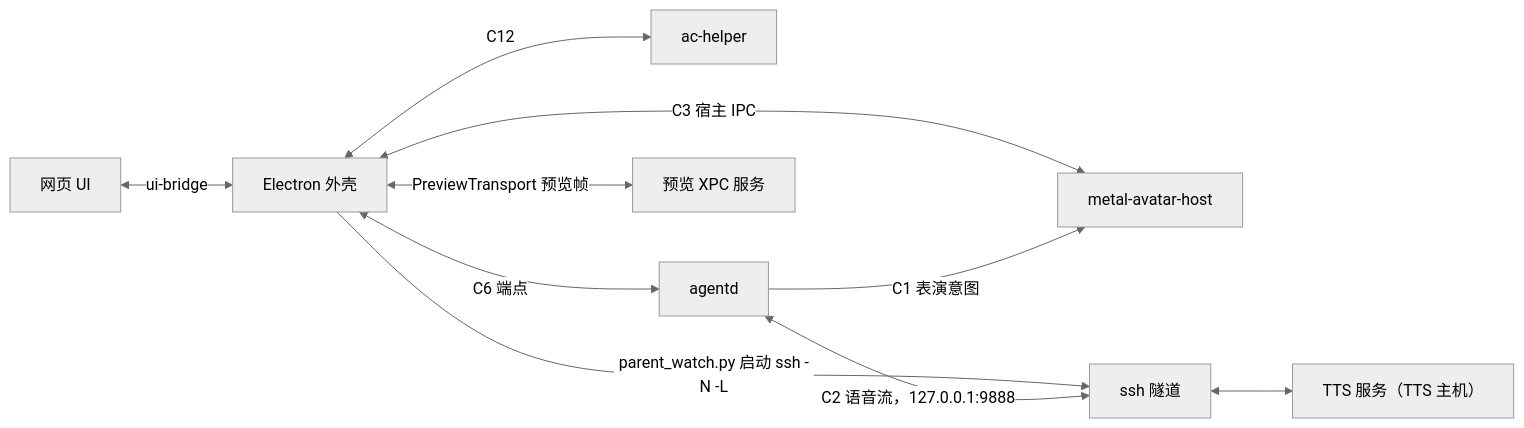
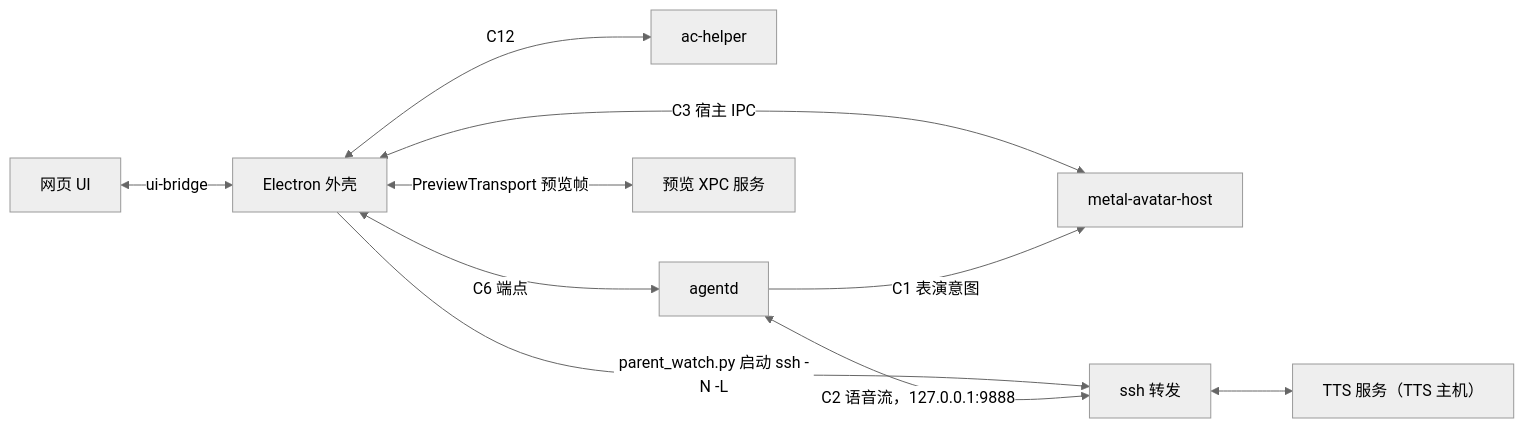
One commit to Paradox07127/Automated-Agentic-Complex changed the diagram in docs/architecture/overview.md. Above: the diagram before and after it, drawn with Mermaid (neutral theme). The commit also changed other lines of this file and 18 other files, not shown here.

````diff
--- a/docs/architecture/overview.md
+++ b/docs/architecture/overview.md
@@ -42,12 +42,12 @@
 ```mermaid
 flowchart LR
   W[网页 UI] <-->|ui-bridge| C[Electron 外壳]
   C <-->|C12| X[ac-helper]
   C <-->|C6 端点| A[agentd]
   C <-->|C3 宿主 IPC| H[metal-avatar-host]
   C <-->|PreviewTransport 预览帧| P[预览 XPC 服务]
   A -->|C1 表演意图| H
-  C -->|parent_watch.py 启动 ssh -N -L| S[ssh 隧道]
+  C -->|parent_watch.py 启动 ssh -N -L| S[ssh 转发]
   A <-->|C2 语音流，127.0.0.1:9888| S
   S <--> T[TTS 服务（TTS 主机）]
 ```
````
